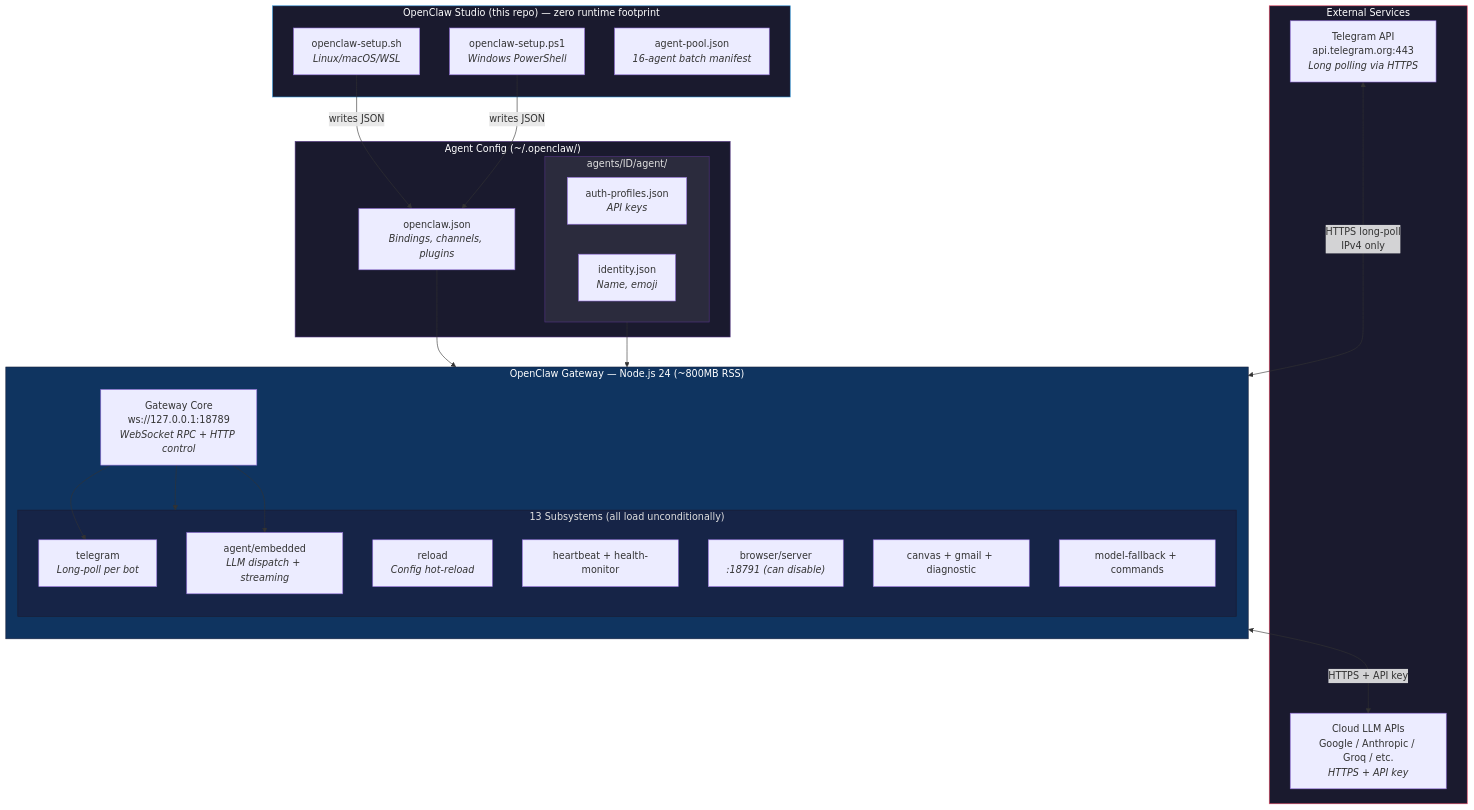
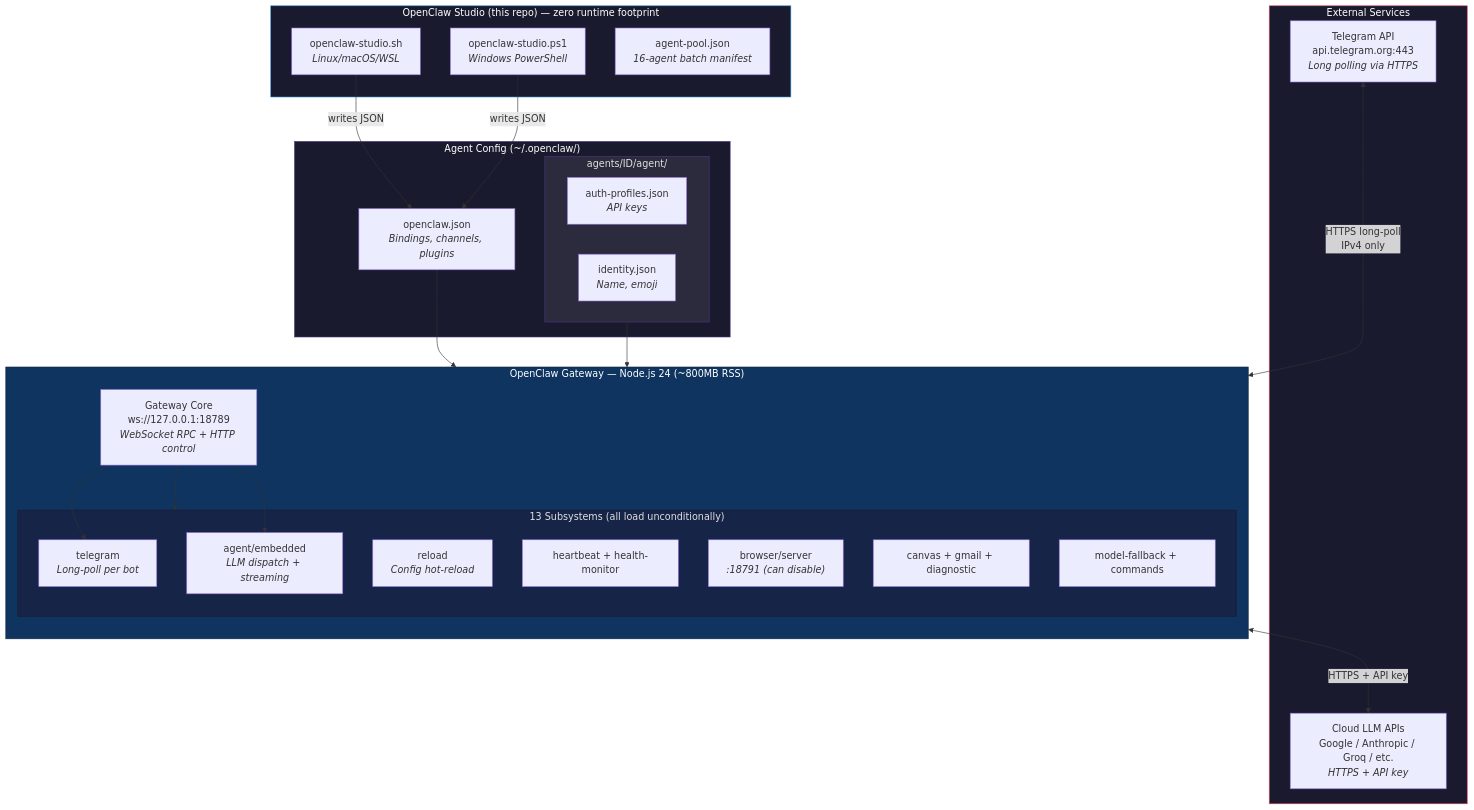
One commit to bufferring/openclaw-studio changed the first of 2 diagrams in README.md. Above: the diagram before and after it, drawn with Mermaid. The commit also changed other lines of this file and 3 other files, not shown here.

````diff
--- a/README.md
+++ b/README.md
@@ -19,54 +19,54 @@
 ```mermaid
 graph TB
     subgraph EXTERNAL ["External Services"]
         TG_API["Telegram API<br/>api.telegram.org:443<br/><i>Long polling via HTTPS</i>"]
         CLOUD_LLM["Cloud LLM APIs<br/>Google / Anthropic / Groq / etc.<br/><i>HTTPS + API key</i>"]
     end
 
     subgraph GATEWAY ["OpenClaw Gateway — Node.js 24  (~800MB RSS)"]
         direction TB
         GW_CORE["Gateway Core<br/>ws://127.0.0.1:18789<br/><i>WebSocket RPC + HTTP control</i>"]
 
         subgraph SUBSYSTEMS ["13 Subsystems (all load unconditionally)"]
             TELEGRAM_CH["telegram<br/><i>Long-poll per bot</i>"]
             AGENT_EMB["agent/embedded<br/><i>LLM dispatch + streaming</i>"]
             RELOAD["reload<br/><i>Config hot-reload</i>"]
             HEARTBEAT["heartbeat + health-monitor"]
             BROWSER_SRV["browser/server<br/><i>:18791 (can disable)</i>"]
             CANVAS["canvas + gmail + diagnostic"]
             MODEL_FB["model-fallback + commands"]
         end
 
         GW_CORE --> TELEGRAM_CH
         GW_CORE --> AGENT_EMB
         GW_CORE --> SUBSYSTEMS
     end
 
     subgraph AGENTS ["Agent Config  (~/.openclaw/)"]
         AGENT_CFG["openclaw.json<br/><i>Bindings, channels, plugins</i>"]
         subgraph PER_AGENT ["agents/ID/agent/"]
             AUTH_JSON["auth-profiles.json<br/><i>API keys</i>"]
             IDENTITY["identity.json<br/><i>Name, emoji</i>"]
         end
     end
 
     subgraph STUDIO ["OpenClaw Studio (this repo) — zero runtime footprint"]
-        BASH["openclaw-setup.sh<br/><i>Linux/macOS/WSL</i>"]
-        PS1["openclaw-setup.ps1<br/><i>Windows PowerShell</i>"]
+        BASH["openclaw-studio.sh<br/><i>Linux/macOS/WSL</i>"]
+        PS1["openclaw-studio.ps1<br/><i>Windows PowerShell</i>"]
         POOL["agent-pool.json<br/><i>16-agent batch manifest</i>"]
     end
 
     TG_API <--->|"HTTPS long-poll<br/>IPv4 only"| TELEGRAM_CH
     AGENT_EMB <--->|"HTTPS + API key"| CLOUD_LLM
     AGENT_CFG --> GW_CORE
     PER_AGENT --> AGENT_EMB
     BASH -->|"writes JSON"| AGENT_CFG
     PS1 -->|"writes JSON"| AGENT_CFG
 
     style EXTERNAL fill:#1a1a2e,stroke:#e94560,color:#fff
     style GATEWAY fill:#0f3460,stroke:#16213e,color:#fff
     style SUBSYSTEMS fill:#162447,stroke:#1b1b2f,color:#e0e0e0
     style AGENTS fill:#1a1a2e,stroke:#533483,color:#fff
     style PER_AGENT fill:#2b2b3d,stroke:#533483,color:#e0e0e0
     style STUDIO fill:#1a1a2e,stroke:#3498db,color:#fff
 ```
````
